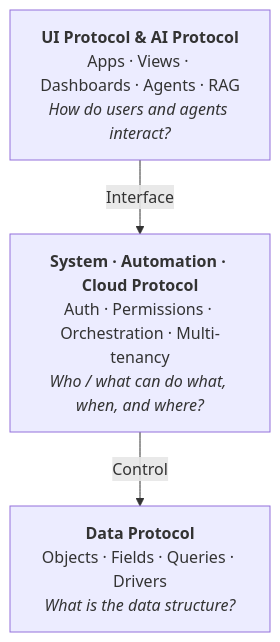
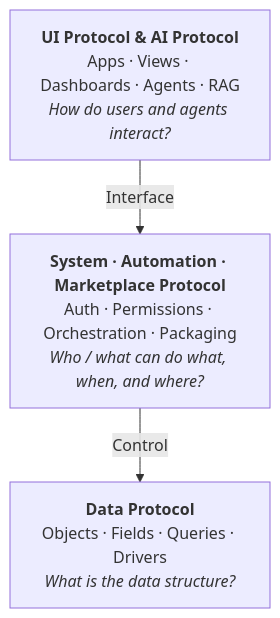
The first of 5 diagrams in content/docs/concepts/architecture.mdx (objectstack-ai/objectstack), drawn with Mermaid before and after one commit. The commit also changed other lines of this file, not shown here.

First line of the commit message:
docs(concepts): the architecture page's sixth protocol card becomes Marketplace Protocol

````diff
--- a/content/docs/concepts/architecture.mdx
+++ b/content/docs/concepts/architecture.mdx
@@ -60,8 +60,8 @@
 ```mermaid
 flowchart TD
     UI["<b>UI Protocol &amp; AI Protocol</b><br/>Apps · Views · Dashboards · Agents · RAG<br/><i>How do users and agents interact?</i>"]
-    OS["<b>System · Automation · Cloud Protocol</b><br/>Auth · Permissions · Orchestration · Multi-tenancy<br/><i>Who / what can do what, when, and where?</i>"]
+    OS["<b>System · Automation · Marketplace Protocol</b><br/>Auth · Permissions · Orchestration · Packaging<br/><i>Who / what can do what, when, and where?</i>"]
     DATA["<b>Data Protocol</b><br/>Objects · Fields · Queries · Drivers<br/><i>What is the data structure?</i>"]
     UI -->|Interface| OS
     OS -->|Control| DATA
 ```
````
